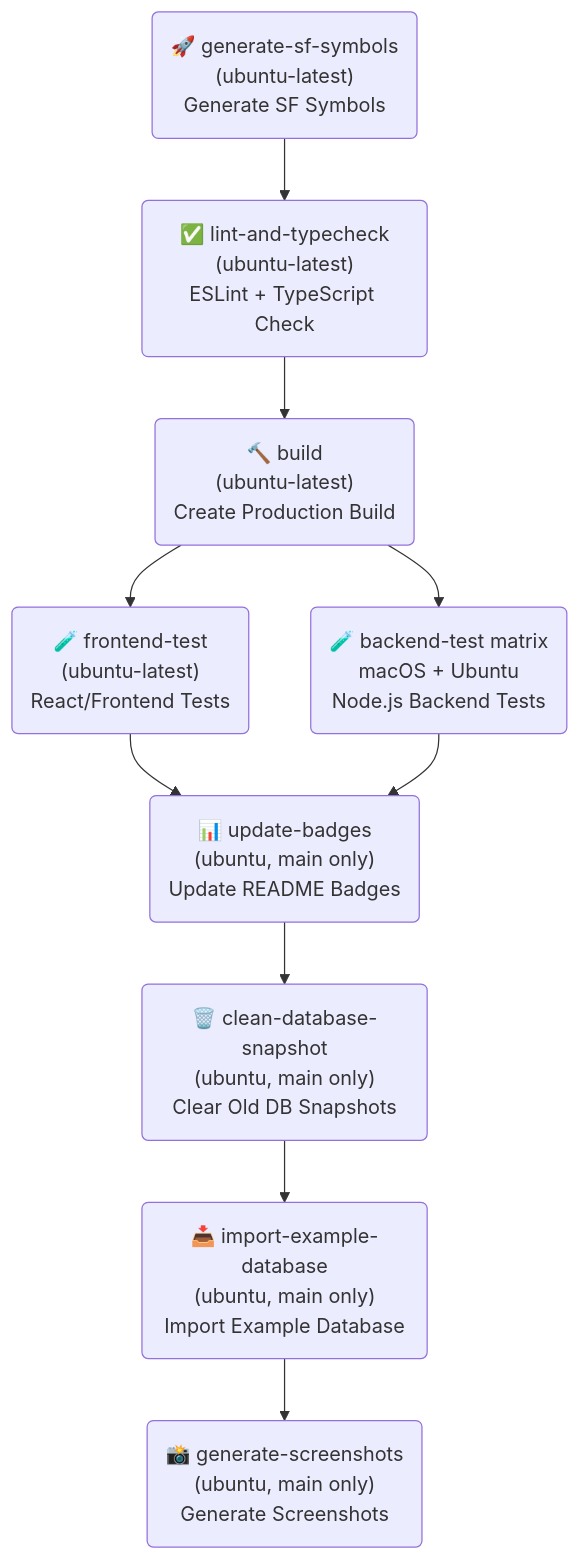
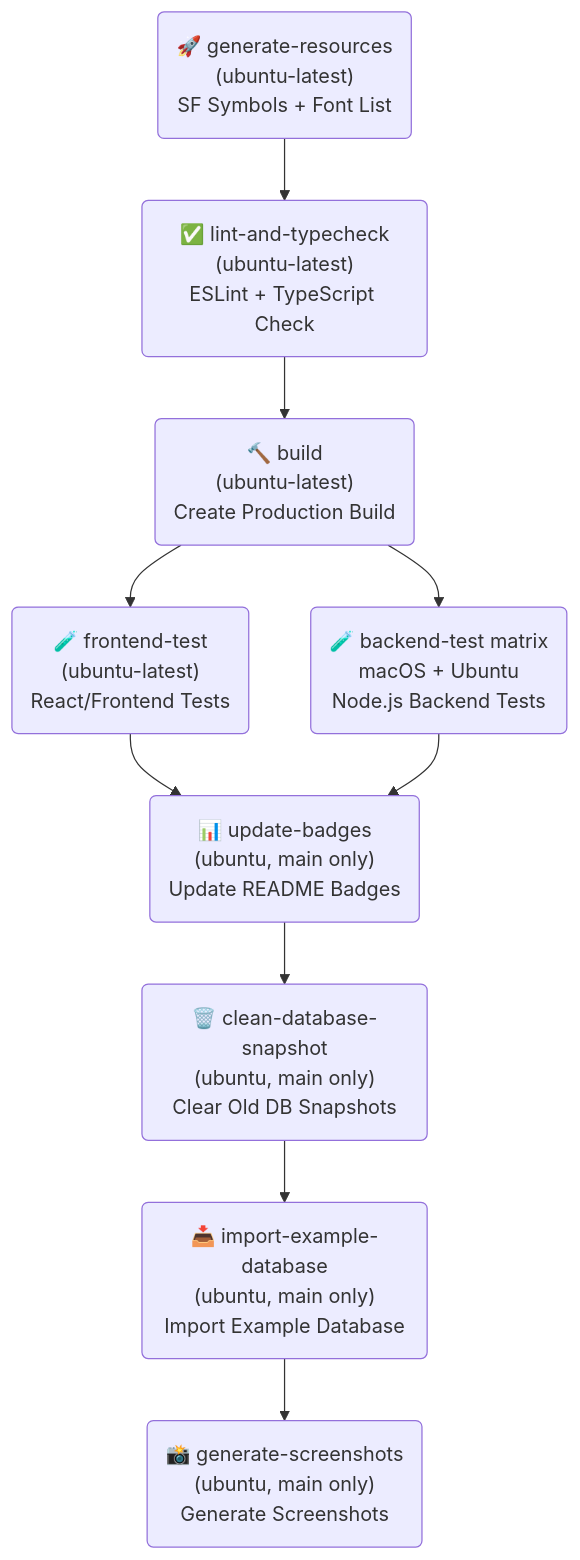
One commit to LAYEREDwork/previous-admin changed the diagram in docs/CI.md. Above: the diagram before and after it, drawn with Mermaid. The commit also changed other lines of this file and 106 other files, not shown here.

````diff
--- a/docs/CI.md
+++ b/docs/CI.md
@@ -11,12 +11,12 @@
 ```mermaid
 graph TD
-    A("🚀 generate-sf-symbols<br/>(ubuntu-latest)<br/>Generate SF Symbols") --> B("✅ lint-and-typecheck<br/>(ubuntu-latest)<br/>ESLint + TypeScript Check")
+    A("🚀 generate-resources<br/>(ubuntu-latest)<br/>SF Symbols + Font List") --> B("✅ lint-and-typecheck<br/>(ubuntu-latest)<br/>ESLint + TypeScript Check")
     B --> C("🔨 build<br/>(ubuntu-latest)<br/>Create Production Build")
     C --> D("🧪 frontend-test<br/>(ubuntu-latest)<br/>React/Frontend Tests")
     C --> E("🧪 backend-test matrix<br/>macOS + Ubuntu<br/>Node.js Backend Tests")
     D --> F("📊 update-badges<br/>(ubuntu, main only)<br/>Update README Badges")
     E --> F
     F --> G("🗑️ clean-database-snapshot<br/>(ubuntu, main only)<br/>Clear Old DB Snapshots")
     G --> H("📥 import-example-database<br/>(ubuntu, main only)<br/>Import Example Database")
     H --> I("📸 generate-screenshots<br/>(ubuntu, main only)<br/>Generate Screenshots")
 ```
````
